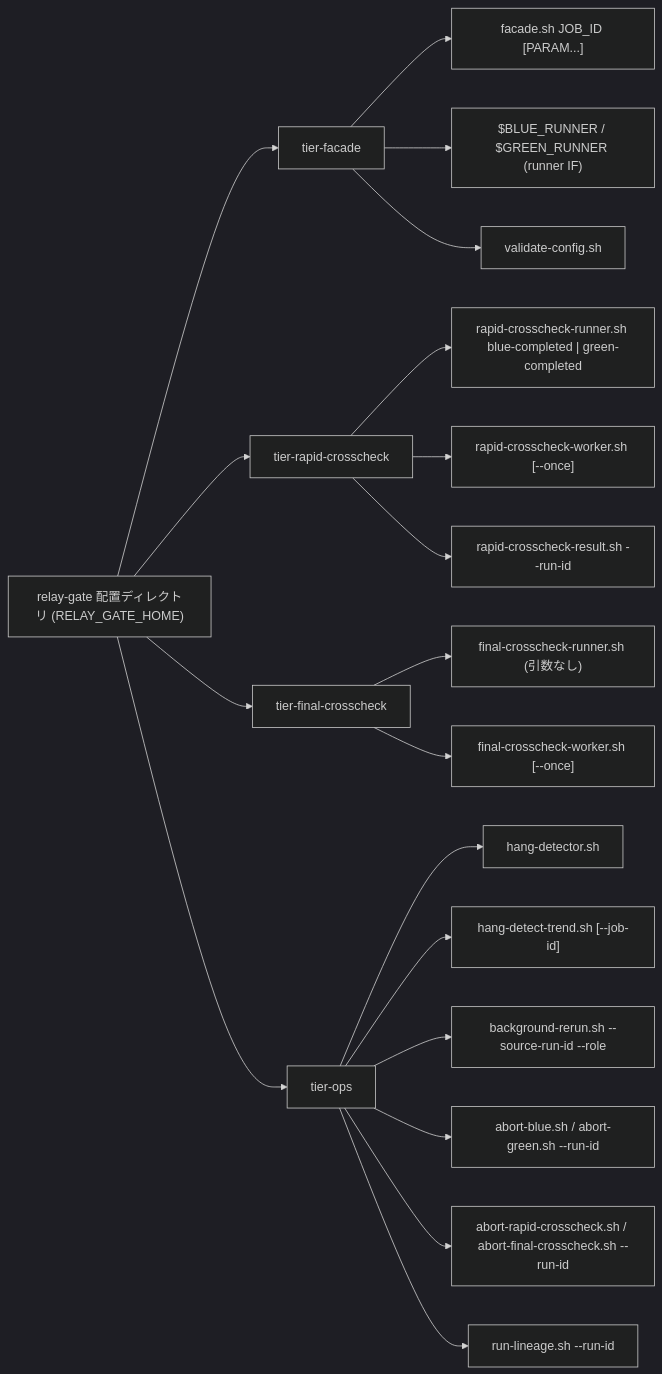
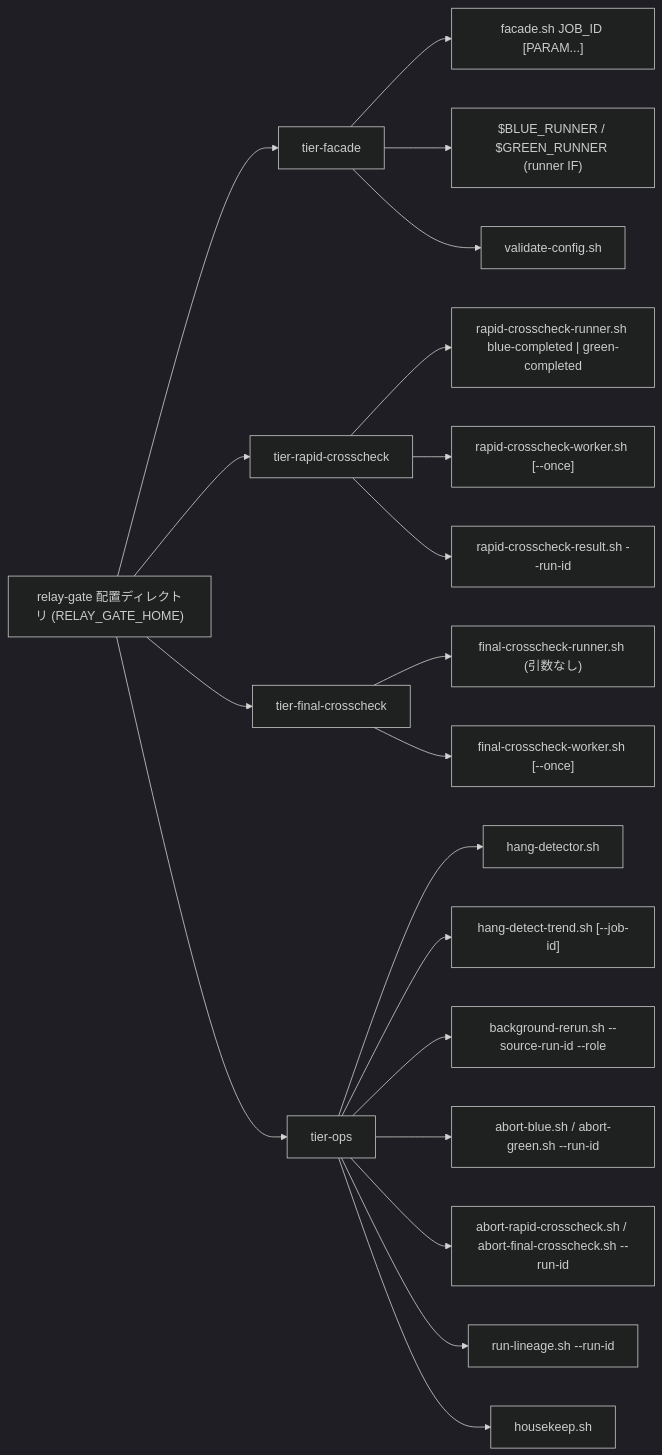
The sixth of 6 diagrams in docs/specs/latest/_cross-cutting/ux-ui/ux-design.md (suwa-sh/relay-gate), drawn with Mermaid (dark theme) before and after one commit. The commit also changed other lines of this file and 2131 other files, not shown here.

````diff
--- a/docs/specs/latest/_cross-cutting/ux-ui/ux-design.md
+++ b/docs/specs/latest/_cross-cutting/ux-ui/ux-design.md
@@ -119,22 +144,23 @@
 ```mermaid
 graph LR
   Root["relay-gate 配置ディレクトリ (RELAY_GATE_HOME)"]
   Root --> F["tier-facade"]
   Root --> R["tier-rapid-crosscheck"]
   Root --> FC["tier-final-crosscheck"]
   Root --> O["tier-ops"]
   F --> F1["facade.sh JOB_ID [PARAM...]"]
   F --> F2["$BLUE_RUNNER / $GREEN_RUNNER (runner IF)"]
   F --> F3["validate-config.sh"]
   R --> R1["rapid-crosscheck-runner.sh blue-completed | green-completed"]
   R --> R2["rapid-crosscheck-worker.sh [--once]"]
   R --> R3["rapid-crosscheck-result.sh --run-id"]
   FC --> FC1["final-crosscheck-runner.sh (引数なし)"]
   FC --> FC2["final-crosscheck-worker.sh [--once]"]
   O --> O1["hang-detector.sh"]
   O --> O2["hang-detect-trend.sh [--job-id]"]
   O --> O3["background-rerun.sh --source-run-id --role"]
   O --> O4["abort-blue.sh / abort-green.sh --run-id"]
   O --> O5["abort-rapid-crosscheck.sh / abort-final-crosscheck.sh --run-id"]
   O --> O6["run-lineage.sh --run-id"]
+  O --> O7["housekeep.sh"]
 ```
````
